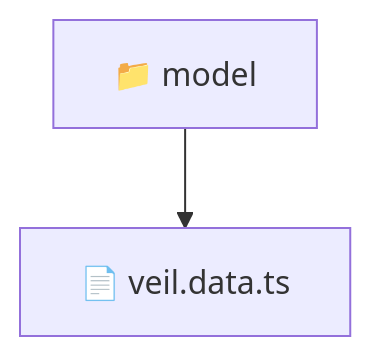
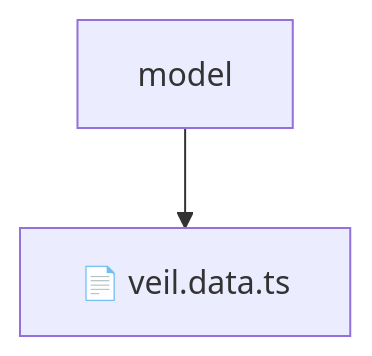
The diagram in frontend/src/features/veil/model/README.md (beginwebdev2002/fullstack-mavluda), drawn with Mermaid before and after one commit. The commit also changed other lines of this file and 155 other files, not shown here.

````diff
--- a/frontend/src/features/veil/model/README.md
+++ b/frontend/src/features/veil/model/README.md
@@ -10,5 +14,5 @@
 ```mermaid
 graph TD
-  Root["📁 model"]
-  Root --> veildatats["📄 veil.data.ts"]
+    Root[model]
+    Root --> F0[📄 veil.data.ts]
 ```
````
